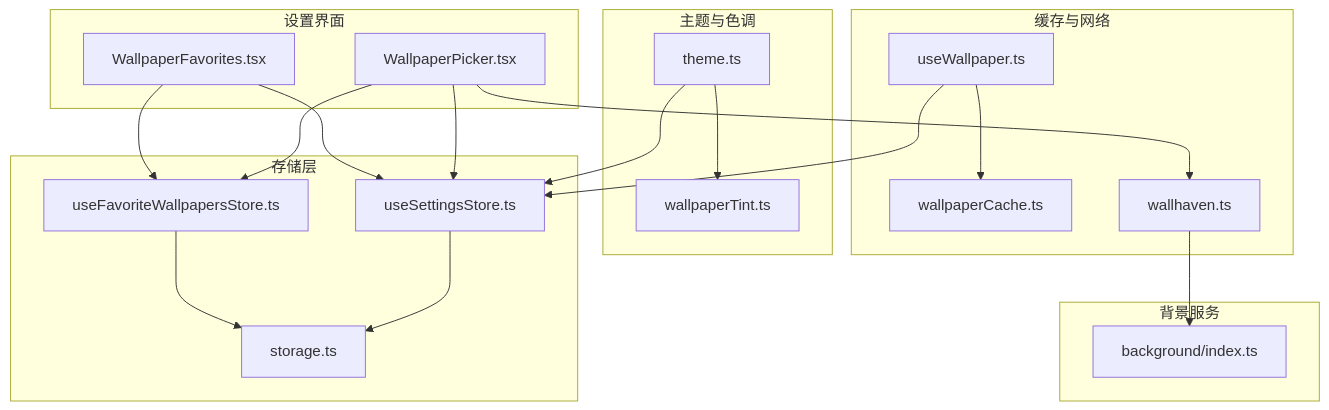
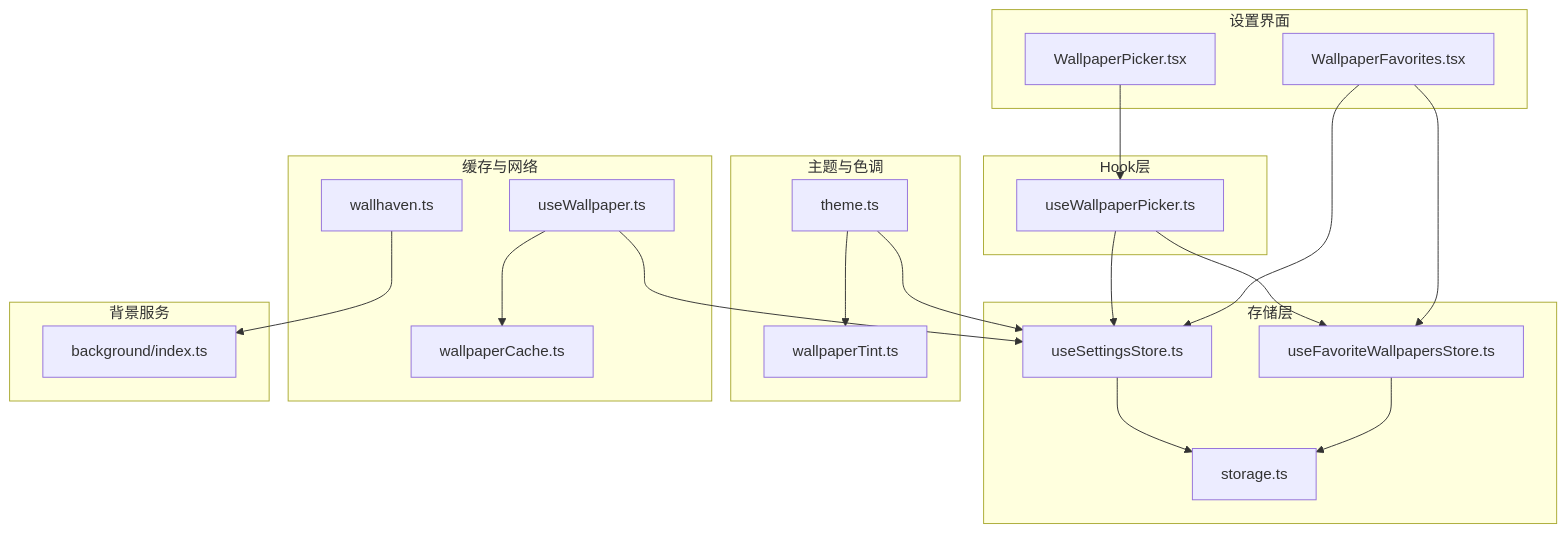
One commit to Zy0913/xtab changed the first of 6 diagrams in .qoder/repowiki/zh/content/设置与配置系统/壁纸配置模块.md. Above: the diagram before and after it, drawn with Mermaid. The commit also changed other lines of this file and 15 other files, not shown here.

````diff
--- a/.qoder/repowiki/zh/content/设置与配置系统/壁纸配置模块.md
+++ b/.qoder/repowiki/zh/content/设置与配置系统/壁纸配置模块.md
@@ -56,36 +70,39 @@
 ```mermaid
 graph TB
 subgraph "设置界面"
 WP["WallpaperPicker.tsx"]
 WFav["WallpaperFavorites.tsx"]
+end
+subgraph "Hook层"
+UP["useWallpaperPicker.ts"]
 end
 subgraph "存储层"
 S1["useSettingsStore.ts"]
 S2["useFavoriteWallpapersStore.ts"]
 ST["storage.ts"]
 end
 subgraph "主题与色调"
 TT["wallpaperTint.ts"]
 TH["theme.ts"]
 end
 subgraph "缓存与网络"
 WC["wallpaperCache.ts"]
 UW["useWallpaper.ts"]
 WH["wallhaven.ts"]
 end
 subgraph "背景服务"
 BG["background/index.ts"]
 end
-WP --> S1
-WP --> S2
-WP --> WH
+WP --> UP
+UP --> S1
+UP --> S2
 WFav --> S1
 WFav --> S2
 S1 --> ST
 S2 --> ST
 TH --> S1
 TH --> TT
 UW --> WC
 UW --> S1
 WH --> BG
 ```
````
